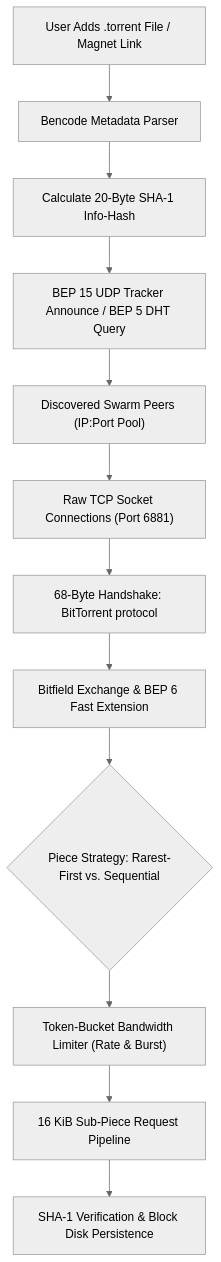
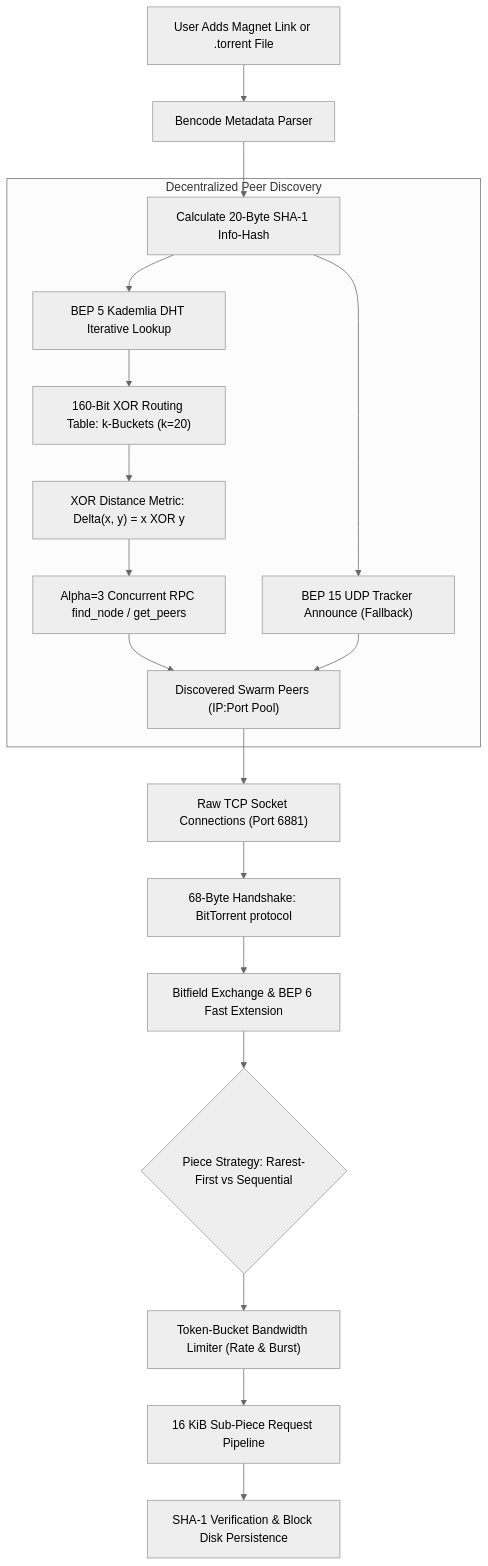
Before and after one commit to MasterZ1311/Dev-AURA: the diagram in docs/learning-paths/07-p2p-mesh-and-edge-rf-sensing/01-bittorrent-protocol-and-bencoding.md, drawn with Mermaid (neutral theme). The commit also changed other lines of this file and 48 other files, not shown here.

````diff
--- a/docs/learning-paths/07-p2p-mesh-and-edge-rf-sensing/01-bittorrent-protocol-and-bencoding.md
+++ b/docs/learning-paths/07-p2p-mesh-and-edge-rf-sensing/01-bittorrent-protocol-and-bencoding.md
@@ -41,18 +56,25 @@
 ```mermaid
 graph TD
-    UserTorrent[User Adds .torrent File / Magnet Link] --> MetaParser[Bencode Metadata Parser]
+    UserTorrent[User Adds Magnet Link or .torrent File] --> MetaParser[Bencode Metadata Parser]
     MetaParser --> InfoHashCalc["Calculate 20-Byte SHA-1 Info-Hash"]
     
-    InfoHashCalc --> TrackerQuery["BEP 15 UDP Tracker Announce / BEP 5 DHT Query"]
-    TrackerQuery --> PeerList["Discovered Swarm Peers (IP:Port Pool)"]
+    subgraph Decentralized Peer Discovery
+        InfoHashCalc --> DHTQuery["BEP 5 Kademlia DHT Iterative Lookup"]
+        DHTQuery --> RoutingTable["160-Bit XOR Routing Table: k-Buckets (k=20)"]
+        RoutingTable --> XORMetric["XOR Distance Metric: Delta(x, y) = x XOR y"]
+        XORMetric --> IterativeHop["Alpha=3 Concurrent RPC find_node / get_peers"]
+        IterativeHop --> PeerList["Discovered Swarm Peers (IP:Port Pool)"]
+        InfoHashCalc --> TrackerQuery["BEP 15 UDP Tracker Announce (Fallback)"]
+        TrackerQuery --> PeerList
+    end
     
     PeerList --> TCPSockets["Raw TCP Socket Connections (Port 6881)"]
     TCPSockets --> HandshakeEngine["68-Byte Handshake: BitTorrent protocol"]
     
     HandshakeEngine --> BitfieldNegotiation["Bitfield Exchange & BEP 6 Fast Extension"]
-    BitfieldNegotiation --> PiecePicker{"Piece Strategy: Rarest-First vs. Sequential"}
+    BitfieldNegotiation --> PiecePicker{"Piece Strategy: Rarest-First vs Sequential"}
     
     PiecePicker --> TokenBucket["Token-Bucket Bandwidth Limiter (Rate & Burst)"]
     TokenBucket --> BlockPipeline["16 KiB Sub-Piece Request Pipeline"]
     BlockPipeline --> StorageCommit["SHA-1 Verification & Block Disk Persistence"]
 ```
````
